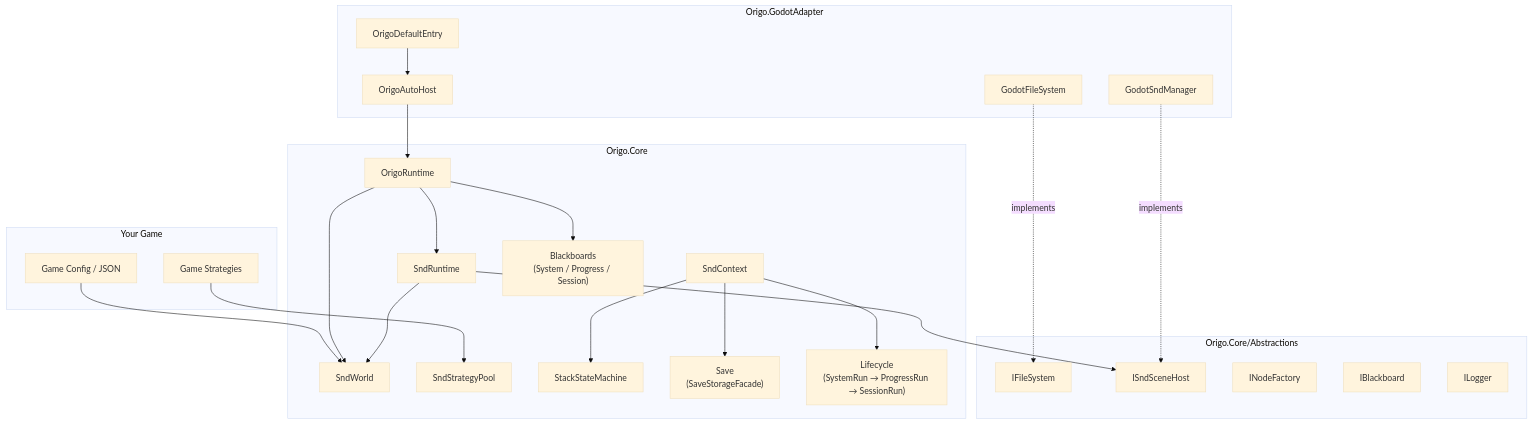
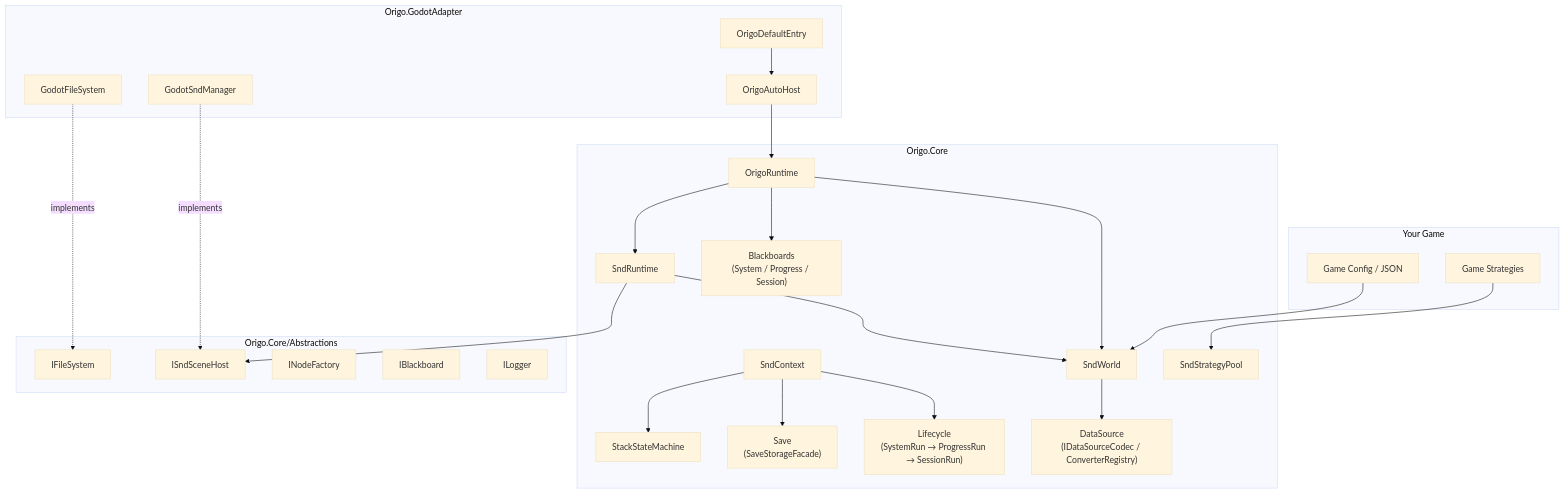
One commit to 51193/origo.stable changed the first of 2 diagrams in README.md. Above: the diagram before and after it, drawn with Mermaid (base theme). The commit also changed other lines of this file and 170 other files, not shown here.

````diff
--- a/README.md
+++ b/README.md
@@ -126,43 +126,45 @@
 ```mermaid
 flowchart TB
     subgraph game ["Your Game"]
         GS[Game Strategies]
         GC[Game Config / JSON]
     end
 
     subgraph adapter ["Origo.GodotAdapter"]
         Entry[OrigoDefaultEntry]
         Host[OrigoAutoHost]
         GFS[GodotFileSystem]
         GSM[GodotSndManager]
     end
 
     subgraph core ["Origo.Core"]
         RT[OrigoRuntime]
         SW[SndWorld]
         SR[SndRuntime]
         SC[SndContext]
         SP[SndStrategyPool]
         BB["Blackboards<br/>(System / Progress / Session)"]
         SM[StackStateMachine]
         SV["Save<br/>(SaveStorageFacade)"]
         LC["Lifecycle<br/>(SystemRun → ProgressRun → SessionRun)"]
+        DS["DataSource<br/>(IDataSourceCodec / ConverterRegistry)"]
     end
 
     subgraph abs ["Origo.Core/Abstractions"]
         IF[IFileSystem]
         ISH[ISndSceneHost]
         INF[INodeFactory]
         IB[IBlackboard]
         IL[ILogger]
     end
 
     GS --> SP
     GC --> SW
     Entry --> Host --> RT
     RT --> SW & SR & BB
+    SW --> DS
     SC --> LC & SV & SM
     SR --> SW & ISH
     GSM -.implements.-> ISH
     GFS -.implements.-> IF
 ```
````
